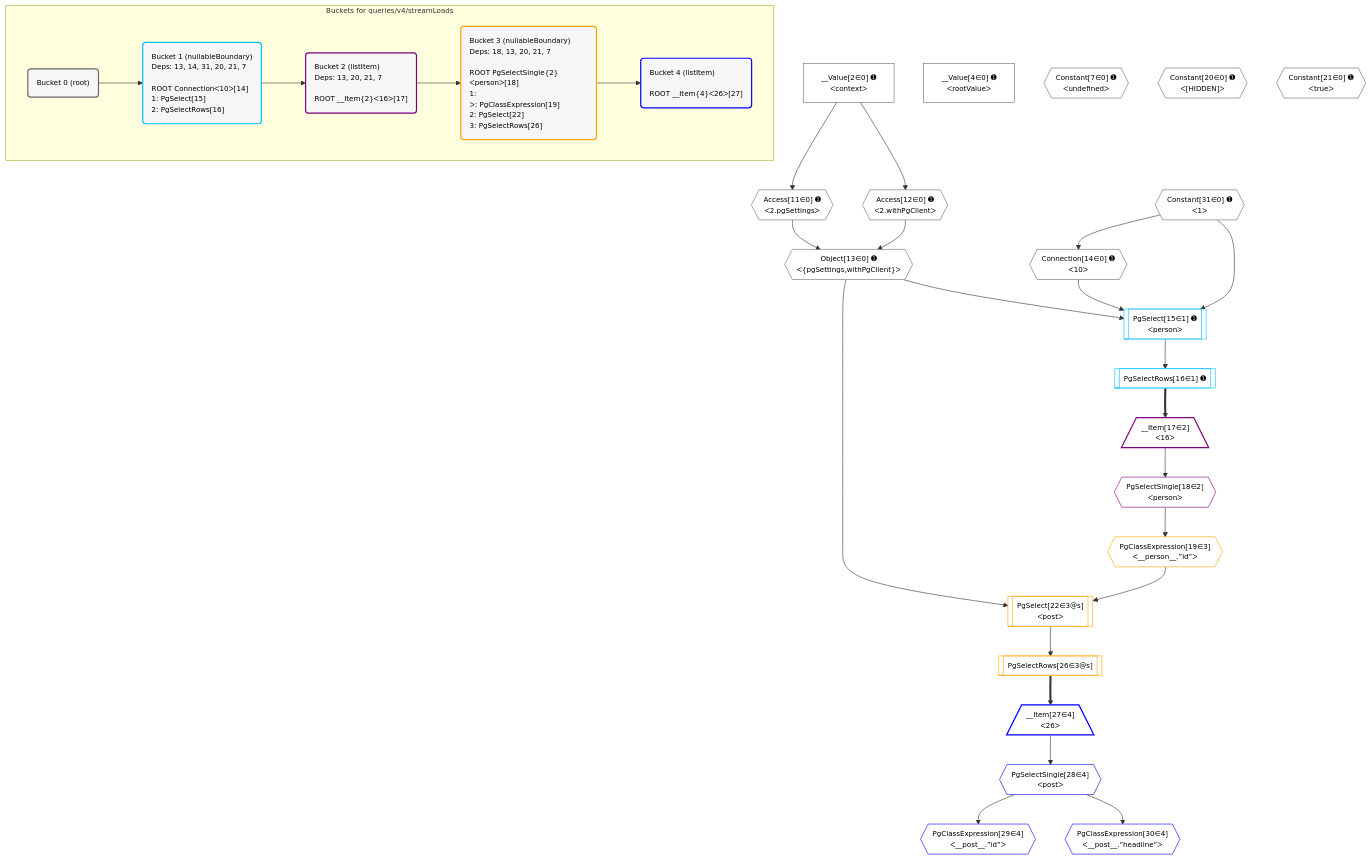
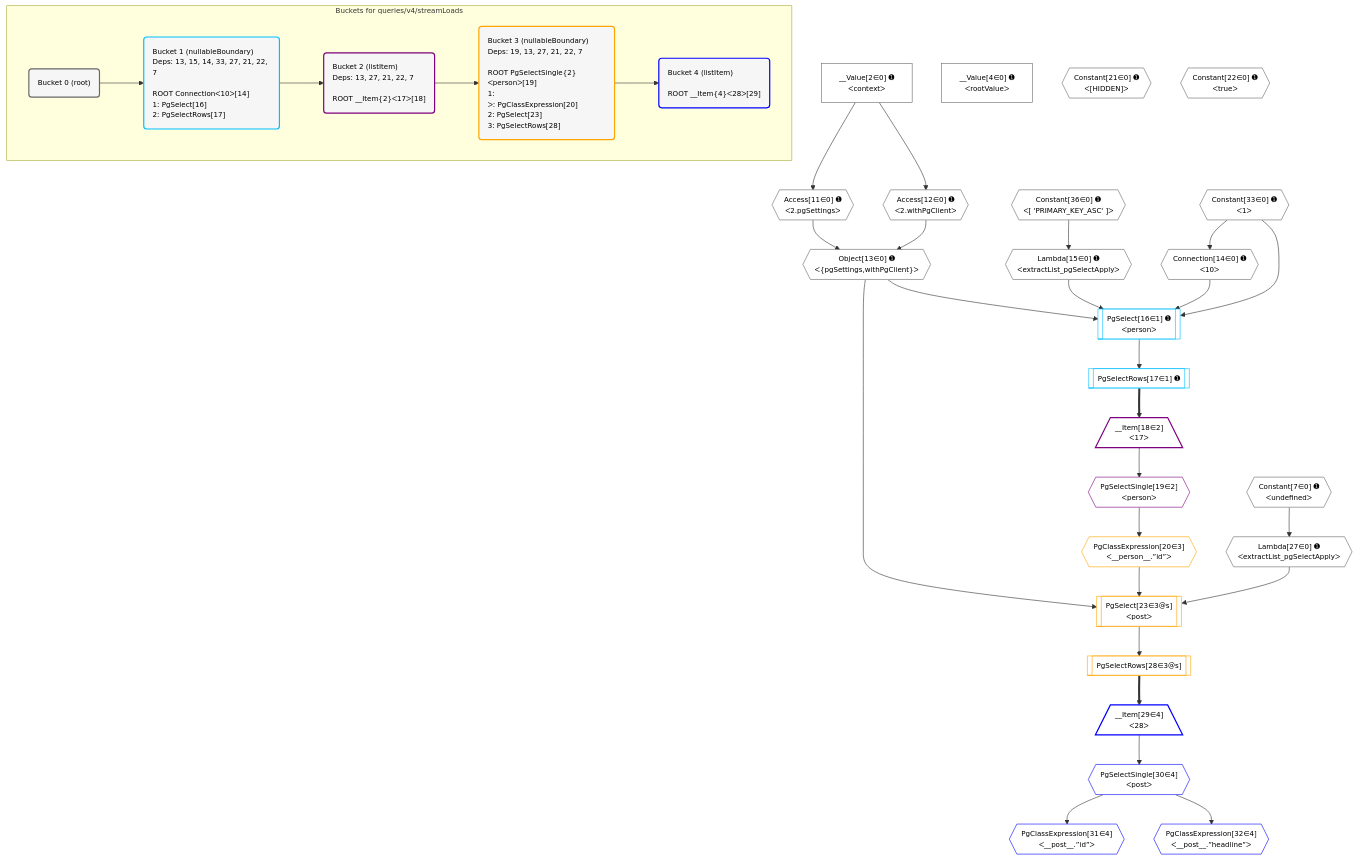
The diagram in postgraphile/postgraphile/__tests__/queries/v4/streamLoads.mermaid (graphile/crystal), drawn with Mermaid before and after one commit. The commit also changed 78 other files, not shown here.

Commit message:
Update plan diagrams

```diff
--- a/postgraphile/postgraphile/__tests__/queries/v4/streamLoads.mermaid
+++ b/postgraphile/postgraphile/__tests__/queries/v4/streamLoads.mermaid
@@ -1,71 +1,76 @@
 %%{init: {'themeVariables': { 'fontSize': '12px'}}}%%
 graph TD
     classDef path fill:#eee,stroke:#000,color:#000
     classDef plan fill:#fff,stroke-width:1px,color:#000
     classDef itemplan fill:#fff,stroke-width:2px,color:#000
     classDef unbatchedplan fill:#dff,stroke-width:1px,color:#000
     classDef sideeffectplan fill:#fcc,stroke-width:2px,color:#000
     classDef bucket fill:#f6f6f6,color:#000,stroke-width:2px,text-align:left
 
 
     %% plan dependencies
     Object13{{"Object[13∈0] ➊<br />ᐸ{pgSettings,withPgClient}ᐳ"}}:::plan
     Access11{{"Access[11∈0] ➊<br />ᐸ2.pgSettingsᐳ"}}:::plan
     Access12{{"Access[12∈0] ➊<br />ᐸ2.withPgClientᐳ"}}:::plan
     Access11 & Access12 --> Object13
     __Value2["__Value[2∈0] ➊<br />ᐸcontextᐳ"]:::plan
     __Value2 --> Access11
     __Value2 --> Access12
     Connection14{{"Connection[14∈0] ➊<br />ᐸ10ᐳ"}}:::plan
-    Constant31{{"Constant[31∈0] ➊<br />ᐸ1ᐳ"}}:::plan
-    Constant31 --> Connection14
+    Constant33{{"Constant[33∈0] ➊<br />ᐸ1ᐳ"}}:::plan
+    Constant33 --> Connection14
+    Lambda15{{"Lambda[15∈0] ➊<br />ᐸextractList_pgSelectApplyᐳ"}}:::plan
+    Constant36{{"Constant[36∈0] ➊<br />ᐸ[ 'PRIMARY_KEY_ASC' ]ᐳ"}}:::plan
+    Constant36 --> Lambda15
+    Lambda27{{"Lambda[27∈0] ➊<br />ᐸextractList_pgSelectApplyᐳ"}}:::plan
+    Constant7{{"Constant[7∈0] ➊<br />ᐸundefinedᐳ"}}:::plan
+    Constant7 --> Lambda27
     __Value4["__Value[4∈0] ➊<br />ᐸrootValueᐳ"]:::plan
-    Constant7{{"Constant[7∈0] ➊<br />ᐸundefinedᐳ"}}:::plan
-    Constant20{{"Constant[20∈0] ➊<br />ᐸ[HIDDEN]ᐳ"}}:::plan
-    Constant21{{"Constant[21∈0] ➊<br />ᐸtrueᐳ"}}:::plan
-    PgSelect15[["PgSelect[15∈1] ➊<br />ᐸpersonᐳ"]]:::plan
-    Object13 & Connection14 & Constant31 --> PgSelect15
-    PgSelectRows16[["PgSelectRows[16∈1] ➊"]]:::plan
-    PgSelect15 --> PgSelectRows16
-    __Item17[/"__Item[17∈2]<br />ᐸ16ᐳ"\]:::itemplan
-    PgSelectRows16 ==> __Item17
-    PgSelectSingle18{{"PgSelectSingle[18∈2]<br />ᐸpersonᐳ"}}:::plan
-    __Item17 --> PgSelectSingle18
-    PgSelect22[["PgSelect[22∈3@s]<br />ᐸpostᐳ"]]:::plan
-    PgClassExpression19{{"PgClassExpression[19∈3]<br />ᐸ__person__.”id”ᐳ"}}:::plan
-    Object13 & PgClassExpression19 --> PgSelect22
-    PgSelectSingle18 --> PgClassExpression19
-    PgSelectRows26[["PgSelectRows[26∈3@s]"]]:::plan
-    PgSelect22 --> PgSelectRows26
-    __Item27[/"__Item[27∈4]<br />ᐸ26ᐳ"\]:::itemplan
-    PgSelectRows26 ==> __Item27
-    PgSelectSingle28{{"PgSelectSingle[28∈4]<br />ᐸpostᐳ"}}:::plan
-    __Item27 --> PgSelectSingle28
-    PgClassExpression29{{"PgClassExpression[29∈4]<br />ᐸ__post__.”id”ᐳ"}}:::plan
-    PgSelectSingle28 --> PgClassExpression29
-    PgClassExpression30{{"PgClassExpression[30∈4]<br />ᐸ__post__.”headline”ᐳ"}}:::plan
-    PgSelectSingle28 --> PgClassExpression30
+    Constant21{{"Constant[21∈0] ➊<br />ᐸ[HIDDEN]ᐳ"}}:::plan
+    Constant22{{"Constant[22∈0] ➊<br />ᐸtrueᐳ"}}:::plan
+    PgSelect16[["PgSelect[16∈1] ➊<br />ᐸpersonᐳ"]]:::plan
+    Object13 & Lambda15 & Connection14 & Constant33 --> PgSelect16
+    PgSelectRows17[["PgSelectRows[17∈1] ➊"]]:::plan
+    PgSelect16 --> PgSelectRows17
+    __Item18[/"__Item[18∈2]<br />ᐸ17ᐳ"\]:::itemplan
+    PgSelectRows17 ==> __Item18
+    PgSelectSingle19{{"PgSelectSingle[19∈2]<br />ᐸpersonᐳ"}}:::plan
+    __Item18 --> PgSelectSingle19
+    PgSelect23[["PgSelect[23∈3@s]<br />ᐸpostᐳ"]]:::plan
+    PgClassExpression20{{"PgClassExpression[20∈3]<br />ᐸ__person__.”id”ᐳ"}}:::plan
+    Object13 & PgClassExpression20 & Lambda27 --> PgSelect23
+    PgSelectSingle19 --> PgClassExpression20
+    PgSelectRows28[["PgSelectRows[28∈3@s]"]]:::plan
+    PgSelect23 --> PgSelectRows28
+    __Item29[/"__Item[29∈4]<br />ᐸ28ᐳ"\]:::itemplan
+    PgSelectRows28 ==> __Item29
+    PgSelectSingle30{{"PgSelectSingle[30∈4]<br />ᐸpostᐳ"}}:::plan
+    __Item29 --> PgSelectSingle30
+    PgClassExpression31{{"PgClassExpression[31∈4]<br />ᐸ__post__.”id”ᐳ"}}:::plan
+    PgSelectSingle30 --> PgClassExpression31
+    PgClassExpression32{{"PgClassExpression[32∈4]<br />ᐸ__post__.”headline”ᐳ"}}:::plan
+    PgSelectSingle30 --> PgClassExpression32
 
     %% define steps
 
     subgraph "Buckets for queries/v4/streamLoads"
     Bucket0("Bucket 0 (root)"):::bucket
     classDef bucket0 stroke:#696969
-    class Bucket0,__Value2,__Value4,Constant7,Access11,Access12,Object13,Connection14,Constant20,Constant21,Constant31 bucket0
-    Bucket1("Bucket 1 (nullableBoundary)<br />Deps: 13, 14, 31, 20, 21, 7<br /><br />ROOT Connectionᐸ10ᐳ[14]<br />1: PgSelect[15]<br />2: PgSelectRows[16]"):::bucket
+    class Bucket0,__Value2,__Value4,Constant7,Access11,Access12,Object13,Connection14,Lambda15,Constant21,Constant22,Lambda27,Constant33,Constant36 bucket0
+    Bucket1("Bucket 1 (nullableBoundary)<br />Deps: 13, 15, 14, 33, 27, 21, 22, 7<br /><br />ROOT Connectionᐸ10ᐳ[14]<br />1: PgSelect[16]<br />2: PgSelectRows[17]"):::bucket
     classDef bucket1 stroke:#00bfff
-    class Bucket1,PgSelect15,PgSelectRows16 bucket1
-    Bucket2("Bucket 2 (listItem)<br />Deps: 13, 20, 21, 7<br /><br />ROOT __Item{2}ᐸ16ᐳ[17]"):::bucket
+    class Bucket1,PgSelect16,PgSelectRows17 bucket1
+    Bucket2("Bucket 2 (listItem)<br />Deps: 13, 27, 21, 22, 7<br /><br />ROOT __Item{2}ᐸ17ᐳ[18]"):::bucket
     classDef bucket2 stroke:#7f007f
-    class Bucket2,__Item17,PgSelectSingle18 bucket2
-    Bucket3("Bucket 3 (nullableBoundary)<br />Deps: 18, 13, 20, 21, 7<br /><br />ROOT PgSelectSingle{2}ᐸpersonᐳ[18]<br />1: <br />ᐳ: PgClassExpression[19]<br />2: PgSelect[22]<br />3: PgSelectRows[26]"):::bucket
+    class Bucket2,__Item18,PgSelectSingle19 bucket2
+    Bucket3("Bucket 3 (nullableBoundary)<br />Deps: 19, 13, 27, 21, 22, 7<br /><br />ROOT PgSelectSingle{2}ᐸpersonᐳ[19]<br />1: <br />ᐳ: PgClassExpression[20]<br />2: PgSelect[23]<br />3: PgSelectRows[28]"):::bucket
     classDef bucket3 stroke:#ffa500
-    class Bucket3,PgClassExpression19,PgSelect22,PgSelectRows26 bucket3
-    Bucket4("Bucket 4 (listItem)<br /><br />ROOT __Item{4}ᐸ26ᐳ[27]"):::bucket
+    class Bucket3,PgClassExpression20,PgSelect23,PgSelectRows28 bucket3
+    Bucket4("Bucket 4 (listItem)<br /><br />ROOT __Item{4}ᐸ28ᐳ[29]"):::bucket
     classDef bucket4 stroke:#0000ff
-    class Bucket4,__Item27,PgSelectSingle28,PgClassExpression29,PgClassExpression30 bucket4
+    class Bucket4,__Item29,PgSelectSingle30,PgClassExpression31,PgClassExpression32 bucket4
     Bucket0 --> Bucket1
     Bucket1 --> Bucket2
     Bucket2 --> Bucket3
     Bucket3 --> Bucket4
     end
```
